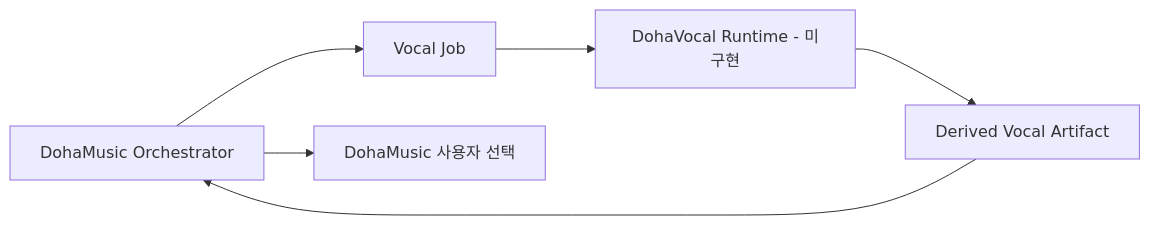
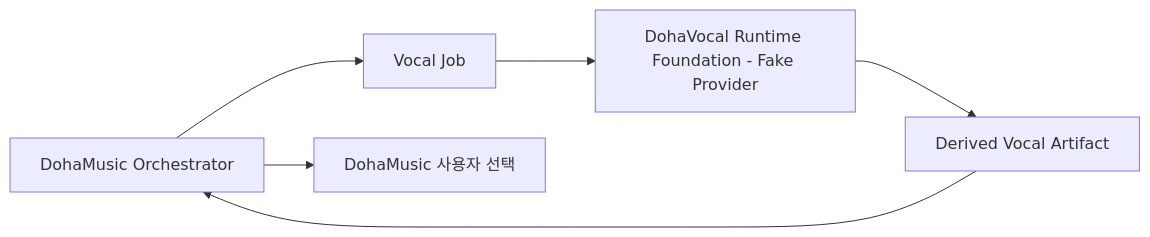
The diagram in README.md (DohaStudio/DohaVocal), drawn with Mermaid before and after one commit. The commit also changed other lines of this file and 41 other files, not shown here.

Commit message:
feat: DohaVocal Runtime Foundation 구현

````diff
--- a/README.md
+++ b/README.md
@@ -33,10 +35,10 @@
 ```mermaid
 flowchart LR
     DM[DohaMusic Orchestrator]
     JOB[Vocal Job]
-    DV[DohaVocal Runtime - 미구현]
+    DV[DohaVocal Runtime Foundation - Fake Provider]
     OUT[Derived Vocal Artifact]
     CHOICE[DohaMusic 사용자 선택]
 
     DM --> JOB --> DV --> OUT --> DM --> CHOICE
 ```
````
